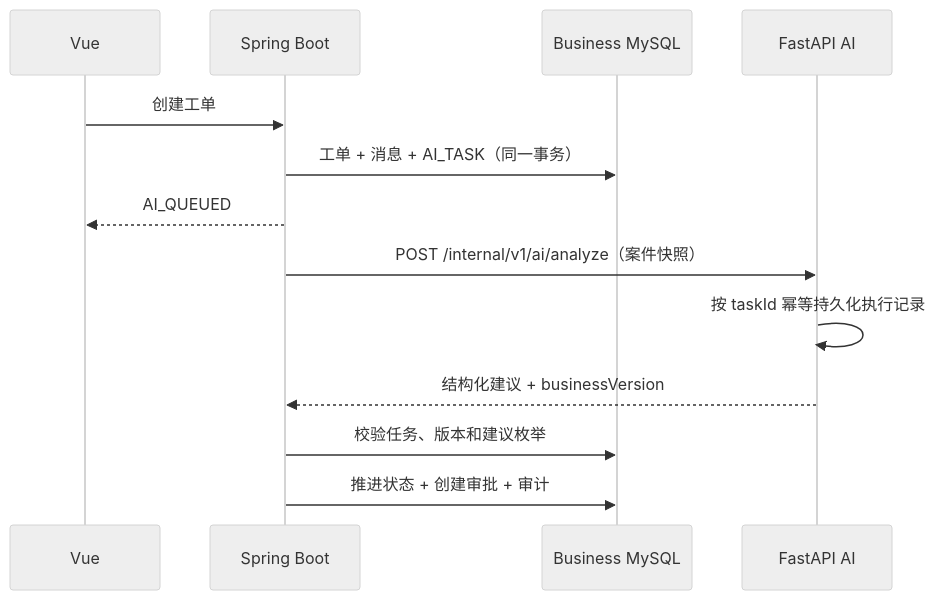
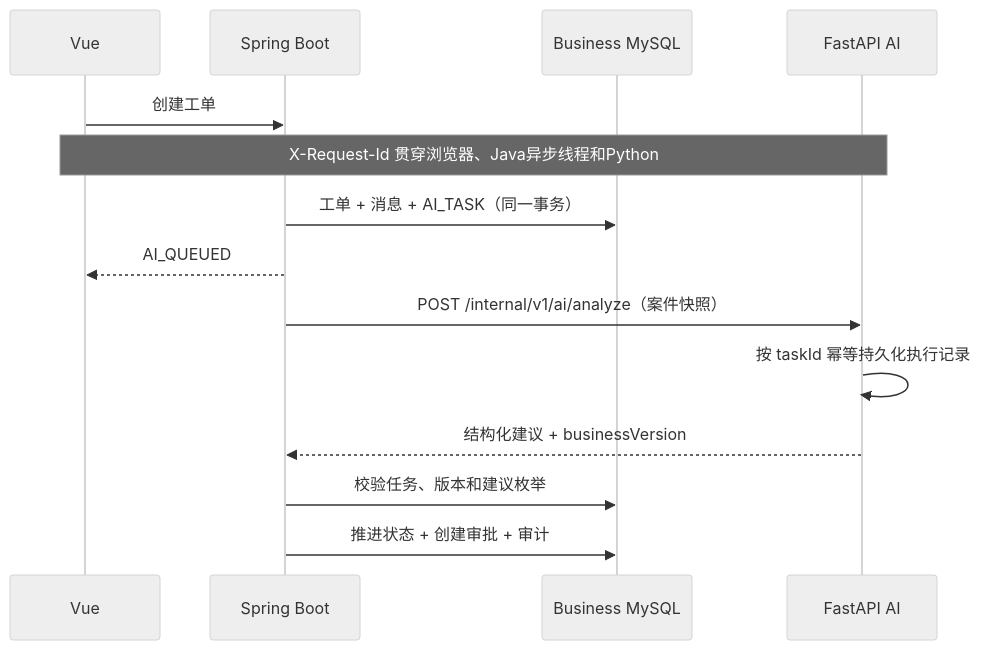
One commit to Heaven12499/resolve-flow changed the diagram in docs/production-shaped-architecture.md. Above: the diagram before and after it, drawn with Mermaid (neutral theme). The commit also changed other lines of this file and 1 other file, not shown here.

Commit message:
docs: describe request tracing and metrics

````diff
--- a/docs/production-shaped-architecture.md
+++ b/docs/production-shaped-architecture.md
@@ -16,16 +16,17 @@
 ```mermaid
 sequenceDiagram
     participant UI as Vue
     participant B as Spring Boot
     participant DB as Business MySQL
     participant AI as FastAPI AI
 
     UI->>B: 创建工单
+    Note over UI,AI: X-Request-Id 贯穿浏览器、Java异步线程和Python
     B->>DB: 工单 + 消息 + AI_TASK（同一事务）
     B-->>UI: AI_QUEUED
     B->>AI: POST /internal/v1/ai/analyze（案件快照）
     AI->>AI: 按 taskId 幂等持久化执行记录
     AI-->>B: 结构化建议 + businessVersion
     B->>DB: 校验任务、版本和建议枚举
     B->>DB: 推进状态 + 创建审批 + 审计
 ```
````
